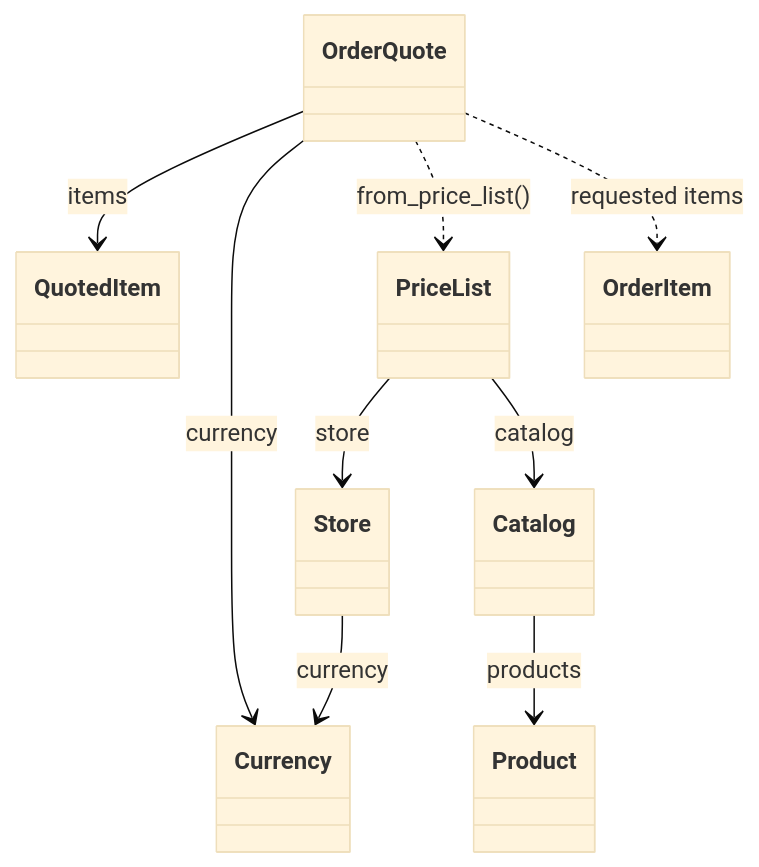
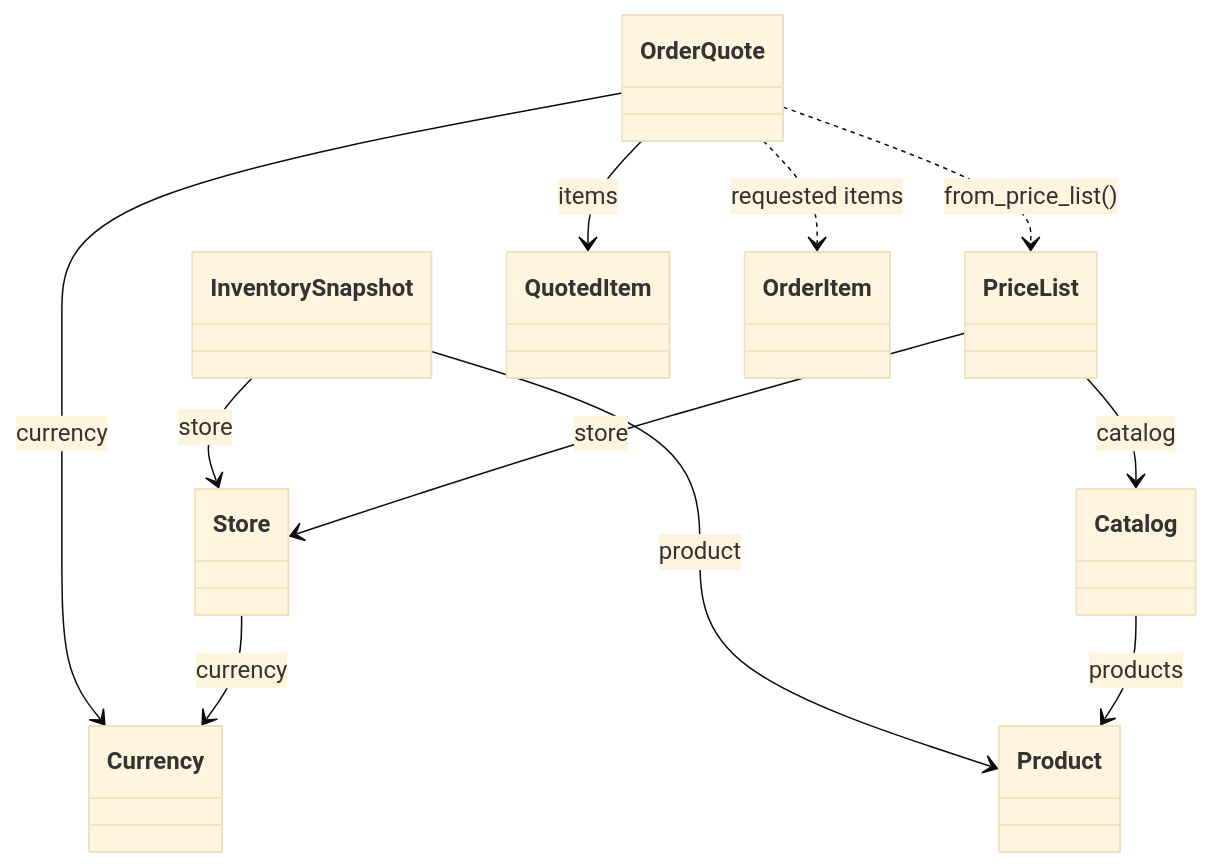
Before and after one commit to thiagogenez/labflow: the diagram in src/labflow/README.md, drawn with Mermaid (base theme). The commit also changed other lines of this file and 10 other files, not shown here.

````diff
--- a/src/labflow/README.md
+++ b/src/labflow/README.md
@@ -19,11 +21,13 @@
 ```mermaid
 classDiagram
     PriceList --> Store : store
     Store --> Currency : currency
     PriceList --> Catalog : catalog
     Catalog --> Product : products
+    InventorySnapshot --> Store : store
+    InventorySnapshot --> Product : product
     OrderQuote --> QuotedItem : items
     OrderQuote --> Currency : currency
     OrderQuote ..> PriceList : from_price_list()
     OrderQuote ..> OrderItem : requested items
 ```
````
